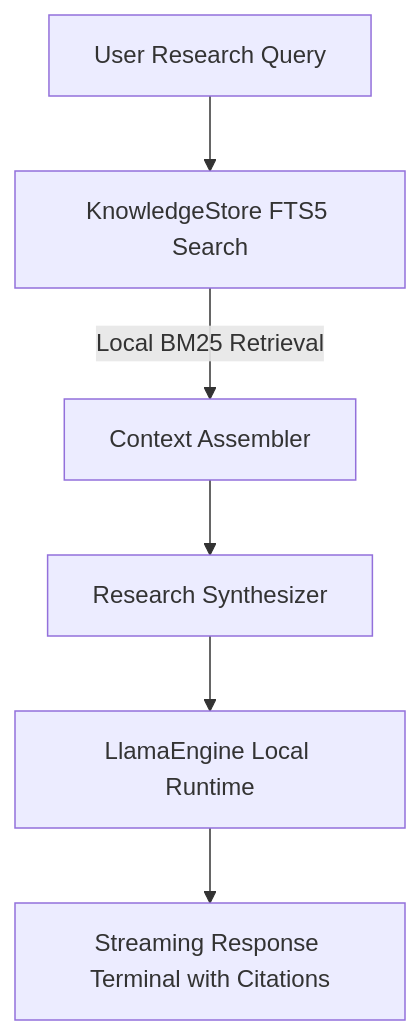
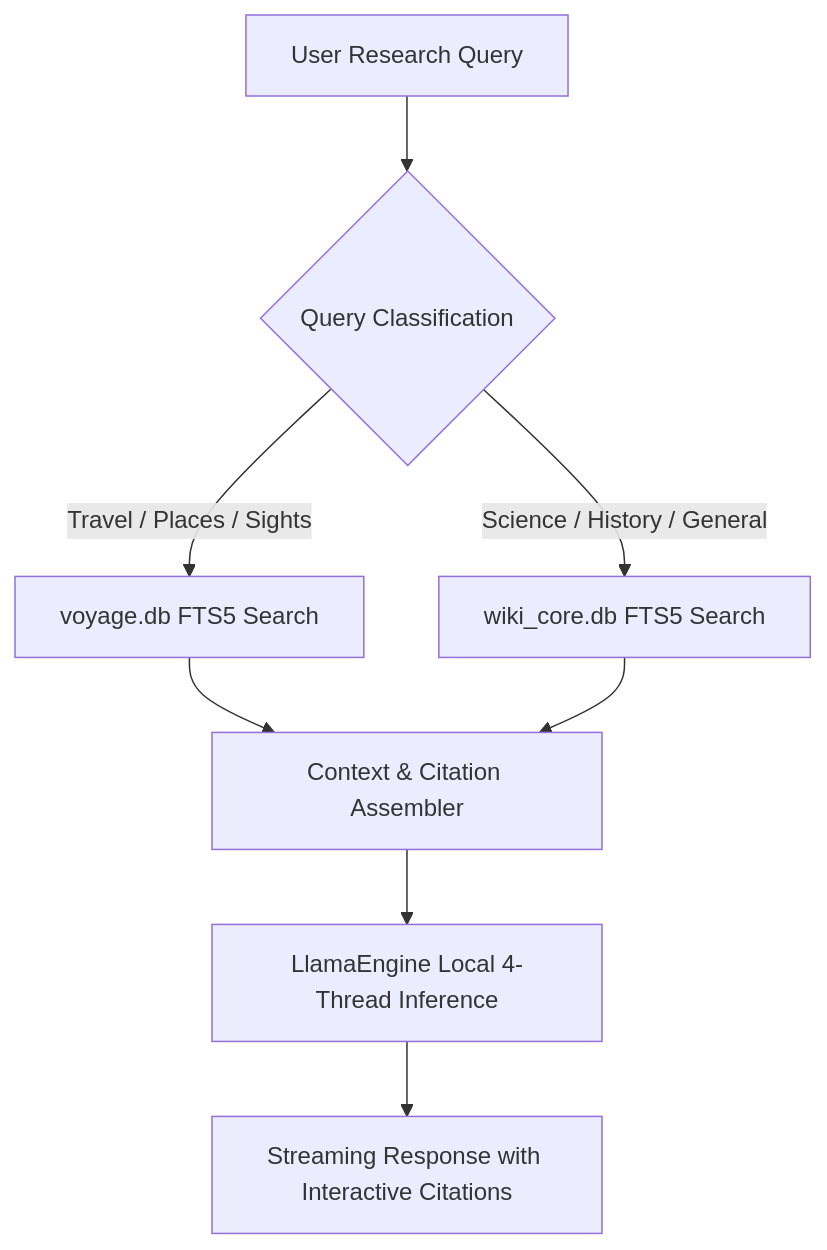
The diagram in README.md (nabeelmun/nomad-research), drawn with Mermaid before and after one commit. The commit also changed other lines of this file and 9 other files, not shown here.

Commit message:
feat: complete offline corpus pipeline (voyage.db + wiki_core.db) with verified 4.95GB footprint

````diff
--- a/README.md
+++ b/README.md
@@ -22,8 +21,10 @@
 ```mermaid
 graph TD
-    A[User Research Query] --> B[KnowledgeStore FTS5 Search]
-    B -->|Local BM25 Retrieval| C[Context Assembler]
-    C --> D[Research Synthesizer]
-    D --> E[LlamaEngine Local Runtime]
-    E --> F[Streaming Response Terminal with Citations]
+    A[User Research Query] --> B{Query Classification}
+    B -->|Travel / Places / Sights| C[voyage.db FTS5 Search]
+    B -->|Science / History / General| D[wiki_core.db FTS5 Search]
+    C --> E[Context & Citation Assembler]
+    D --> E
+    E --> F[LlamaEngine Local 4-Thread Inference]
+    F --> G[Streaming Response with Interactive Citations]
 ```
````
